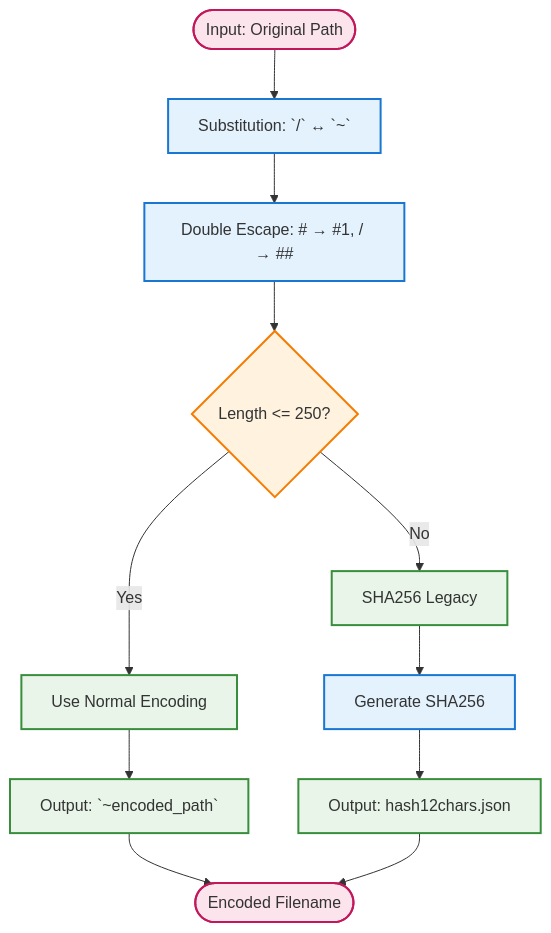
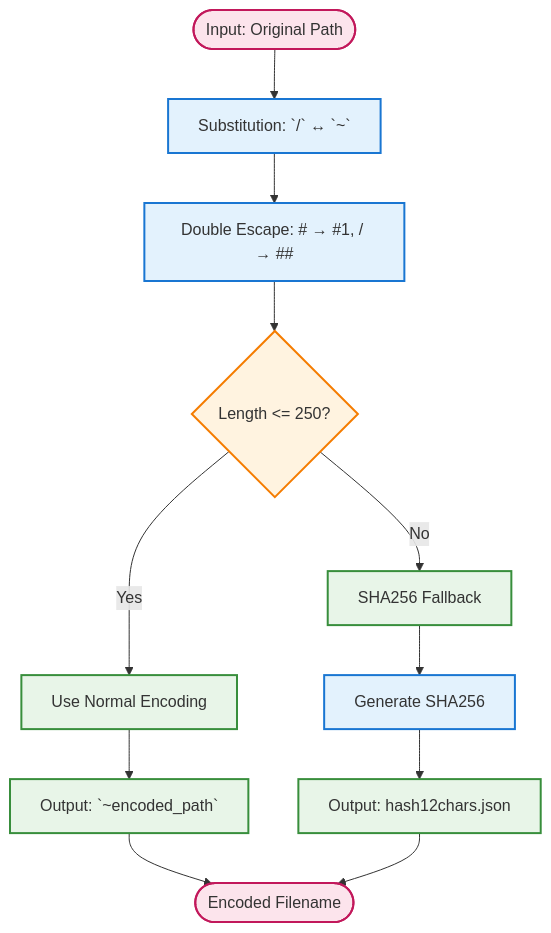
Before and after one commit to isseis/go-safe-cmd-runner: the third of 5 diagrams in docs/tasks/0023_hybrid_hash_filename_encoding/02_architecture.md, drawn with Mermaid. The commit also changed other lines of this file and 3 other files, not shown here.

````diff
--- a/docs/tasks/0023_hybrid_hash_filename_encoding/02_architecture.md
+++ b/docs/tasks/0023_hybrid_hash_filename_encoding/02_architecture.md
@@ -138,26 +137,26 @@
 ```mermaid
 flowchart TD
     START([Input: Original Path]) --> SUB[Substitution: `/` ↔ `~`]
     SUB --> ESC[Double Escape: # → #1, / → ##]
     ESC --> CHECK{Length <= 250?}
 
     CHECK -->|Yes| NORMAL[Use Normal Encoding]
-    CHECK -->|No| FALLBACK[SHA256 Legacy]
+    CHECK -->|No| FALLBACK[SHA256 Fallback]
 
     NORMAL --> RESULT_N[Output: `~encoded_path`]
     FALLBACK --> HASH[Generate SHA256]
     HASH --> RESULT_F[Output: hash12chars.json]
 
     RESULT_N --> END([Encoded Filename])
     RESULT_F --> END
 
     classDef processNode fill:#e3f2fd,stroke:#1976d2,stroke-width:2px
     classDef decisionNode fill:#fff3e0,stroke:#f57c00,stroke-width:2px
     classDef resultNode fill:#e8f5e8,stroke:#388e3c,stroke-width:2px
     classDef ioNode fill:#fce4ec,stroke:#c2185b,stroke-width:2px
 
     class SUB,ESC,HASH processNode
     class CHECK decisionNode
     class NORMAL,FALLBACK,RESULT_N,RESULT_F resultNode
     class START,END ioNode
 ```
````
